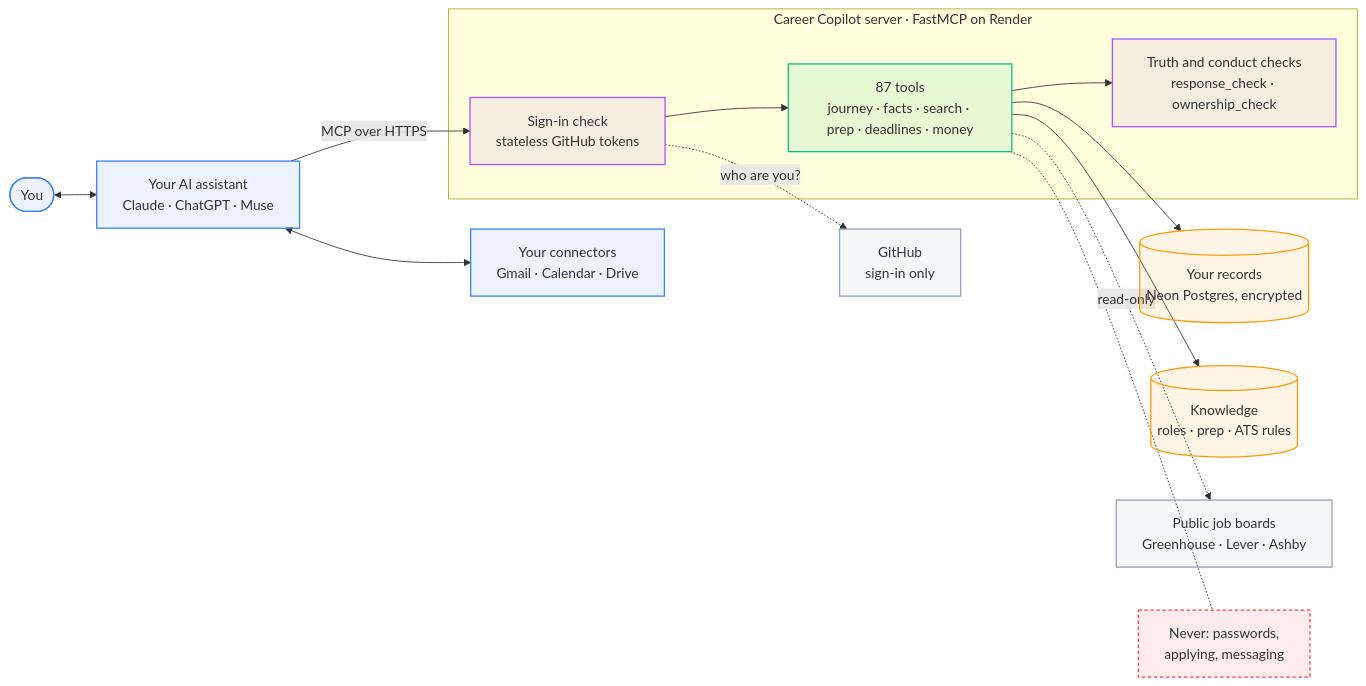
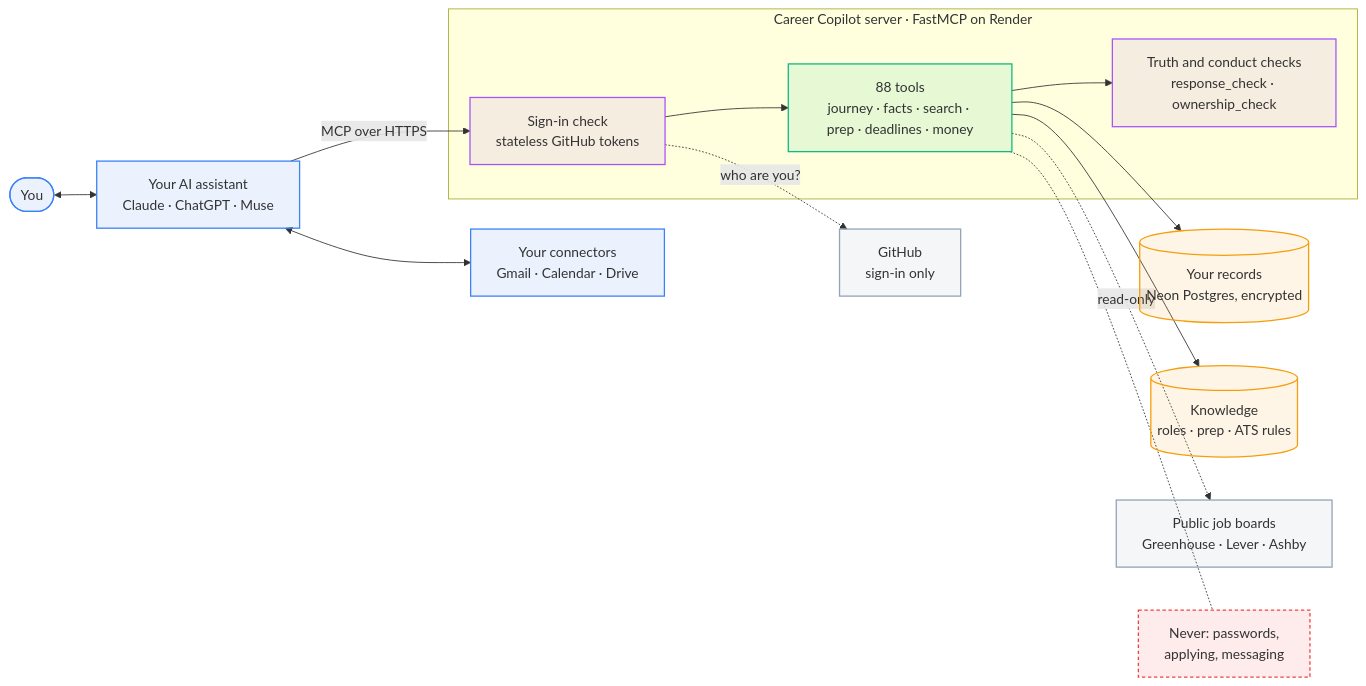
One commit to TusharSamantaray/career-copilot-mcp changed the first of 8 diagrams in docs/ARCHITECTURE.md. Above: the diagram before and after it, drawn with Mermaid. The commit also changed 9 other files, not shown here.

````diff
--- a/docs/ARCHITECTURE.md
+++ b/docs/ARCHITECTURE.md
@@ -42,35 +42,35 @@
 ```mermaid
 flowchart LR
   classDef person fill:#3B82F61A,stroke:#3B82F6,stroke-width:1.5px
   classDef copilot fill:#10B9811A,stroke:#10B981,stroke-width:1.5px
   classDef store fill:#F59E0B1A,stroke:#F59E0B,stroke-width:1.5px
   classDef ext fill:#94A3B81A,stroke:#94A3B8,stroke-width:1.5px
   classDef guard fill:#A855F71A,stroke:#A855F7,stroke-width:1.5px
   classDef never fill:#EF44441A,stroke:#EF4444,stroke-width:1.5px,stroke-dasharray:4 3
 
   you(["You"]):::person
   ai["Your AI assistant<br/>Claude · ChatGPT · Muse"]:::person
   own["Your connectors<br/>Gmail · Calendar · Drive"]:::person
 
   subgraph server["Career Copilot server · FastMCP on Render"]
     auth["Sign-in check<br/>stateless GitHub tokens"]:::guard
-    tools["87 tools<br/>journey · facts · search · prep · deadlines · money"]:::copilot
+    tools["88 tools<br/>journey · facts · search · prep · deadlines · money"]:::copilot
     checks["Truth and conduct checks<br/>response_check · ownership_check"]:::guard
   end
 
   db[("Your records<br/>Neon Postgres, encrypted")]:::store
   kb[("Knowledge<br/>roles · prep · ATS rules")]:::store
   gh["GitHub<br/>sign-in only"]:::ext
   boards["Public job boards<br/>Greenhouse · Lever · Ashby"]:::ext
   never["Never: passwords,<br/>applying, messaging"]:::never
 
   you <--> ai
   ai <--> own
   ai -- "MCP over HTTPS" --> auth --> tools
   tools --> checks
   tools --> db
   tools --> kb
   auth -. "who are you?" .-> gh
   tools -. "read-only" .-> boards
   tools -.- never
 ```
````
